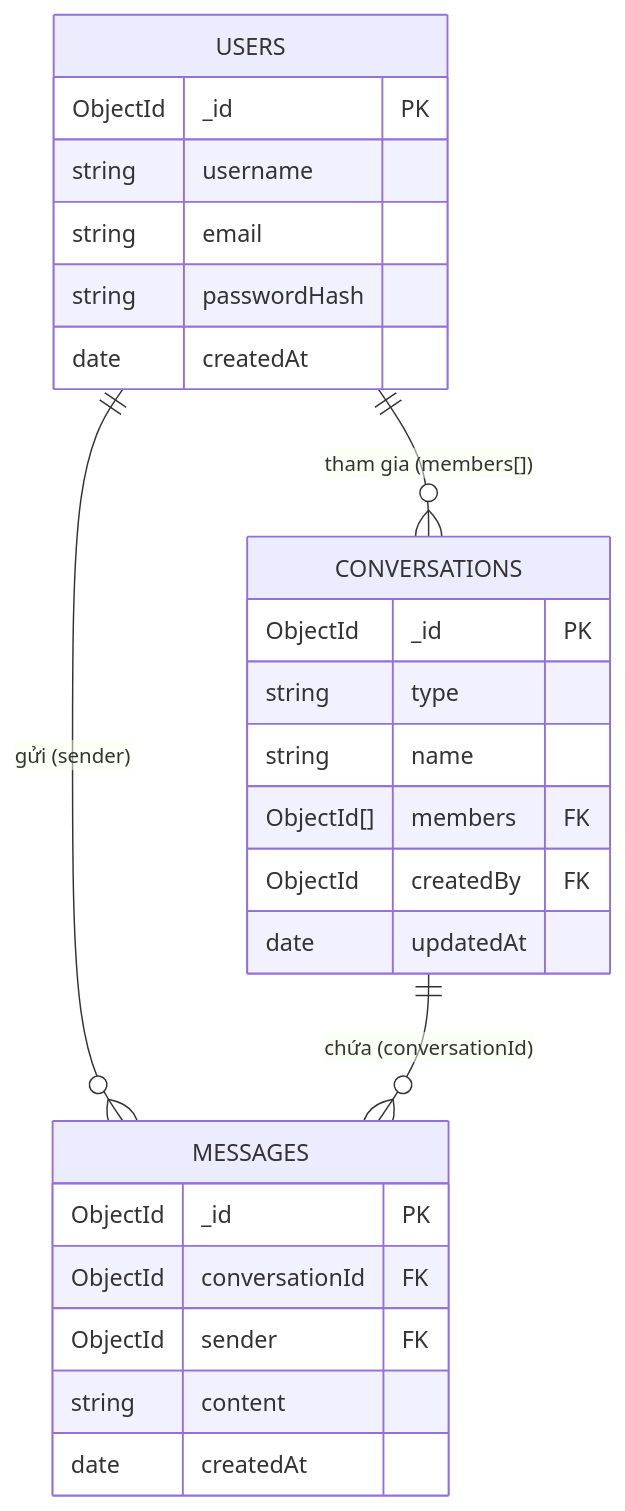
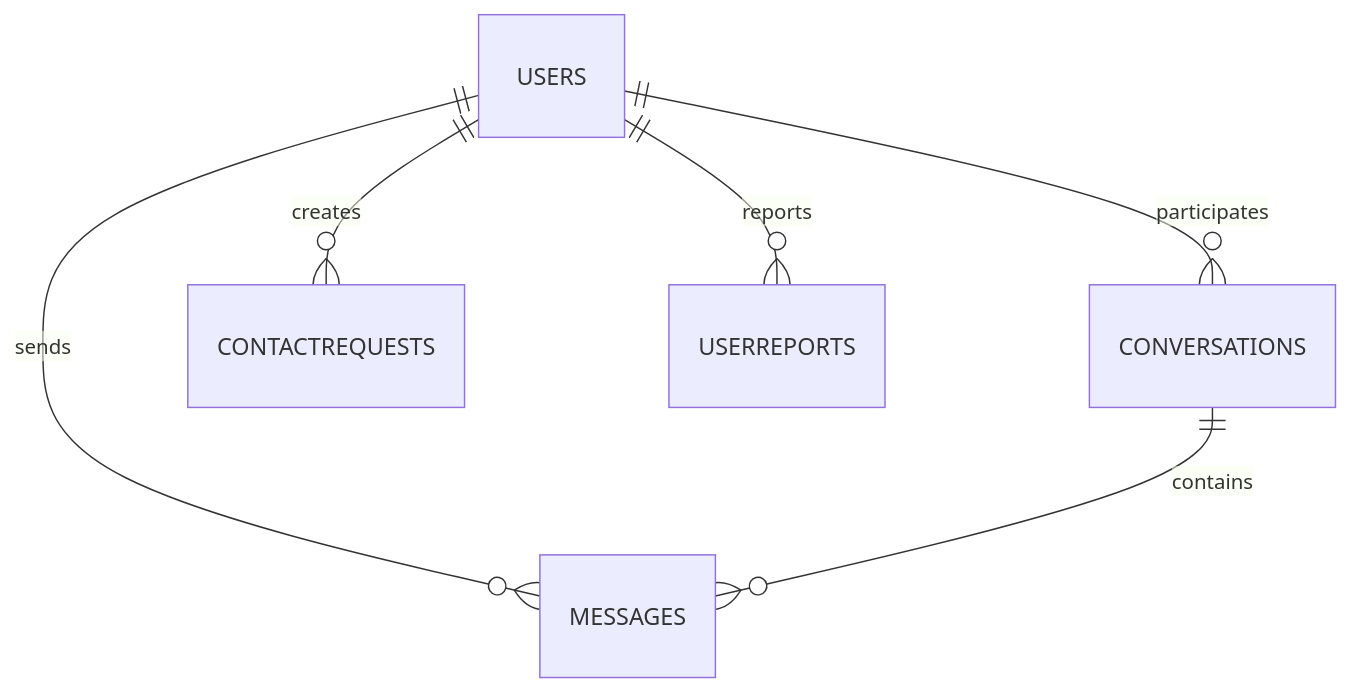
Before and after one commit to pathbezo26/NT208_LTWeb_QikLineChat: the second of 2 diagrams in README.md, drawn with Mermaid. The commit also changed other lines of this file, not shown here.

````diff
--- a/README.md
+++ b/README.md
@@ -576,31 +449,8 @@
 ```mermaid
 erDiagram
-    USERS {
-        ObjectId _id PK
-        string username
-        string email
-        string passwordHash
-        date createdAt
-    }
-
-    CONVERSATIONS {
-        ObjectId _id PK
-        string type
-        string name
-        ObjectId[] members FK
-        ObjectId createdBy FK
-        date updatedAt
-    }
-
-    MESSAGES {
-        ObjectId _id PK
-        ObjectId conversationId FK
-        ObjectId sender FK
-        string content
-        date createdAt
-    }
-
-    USERS ||--o{ CONVERSATIONS : "tham gia (members[])"
-    USERS ||--o{ MESSAGES : "gửi (sender)"
-    CONVERSATIONS ||--o{ MESSAGES : "chứa (conversationId)"
+    USERS ||--o{ CONVERSATIONS : participates
+    USERS ||--o{ MESSAGES : sends
+    USERS ||--o{ CONTACTREQUESTS : creates
+    USERS ||--o{ USERREPORTS : reports
+    CONVERSATIONS ||--o{ MESSAGES : contains
 ```
````
